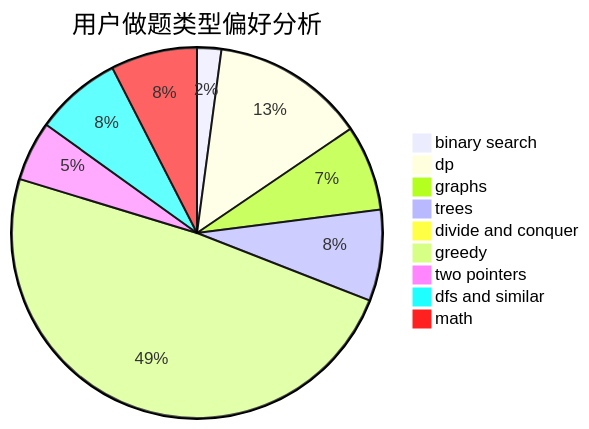
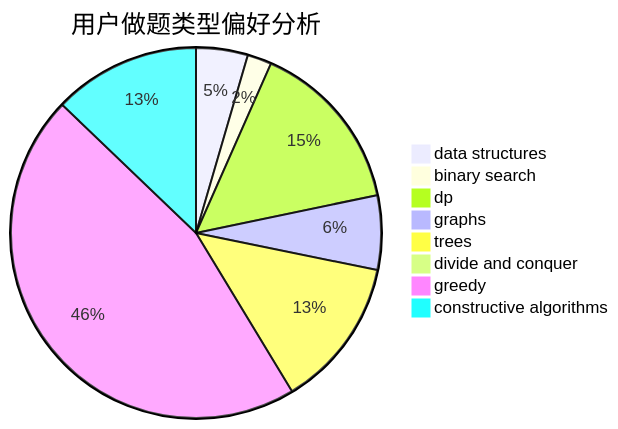
Before and after one commit to sherpahu/cfrs.github.io: the second of 3 diagrams in docs/user/u1702.md, drawn with Mermaid. The commit also changed other lines of this file and 2775 other files, not shown here.

````diff
--- a/docs/user/u1702.md
+++ b/docs/user/u1702.md
@@ -23,12 +23,11 @@
 ```mermaid
 pie title 用户做题类型偏好分析
-    "binary search" :  30
-    "dp" :  190
-    "graphs" :  106
-    "trees" :  113
-    "divide and conquer" :  5
-    "greedy" :  692
-    "two pointers" :  74
-    "dfs and similar" :  107
-    "math" :  107
+    "data structures" :  32
+    "binary search" :  15
+    "dp" :  107
+    "graphs" :  46
+    "trees" :  93
+    "divide and conquer" :  1
+    "greedy" :  325
+    "constructive algorithms" :  91
 ```
````
